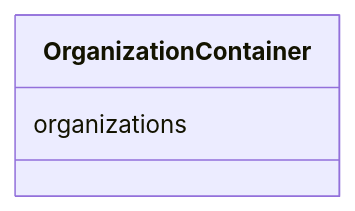
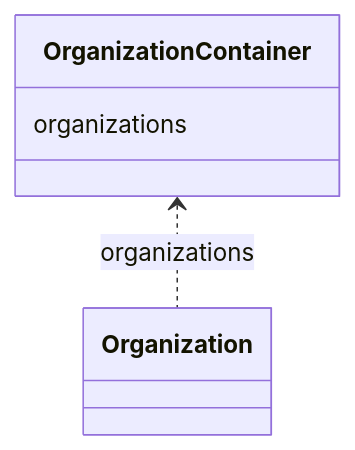
The diagram in docs/OrganizationContainer.md (bridge2ai/standards-schemas), drawn with Mermaid before and after one commit. The commit also changed other lines of this file and 116 other files, not shown here.

````diff
--- a/docs/OrganizationContainer.md
+++ b/docs/OrganizationContainer.md
@@ -11,6 +11,7 @@
 ```mermaid
  classDiagram
     class OrganizationContainer
       OrganizationContainer : organizations
+        OrganizationContainer <.. Organization : organizations
       
 ```
````
